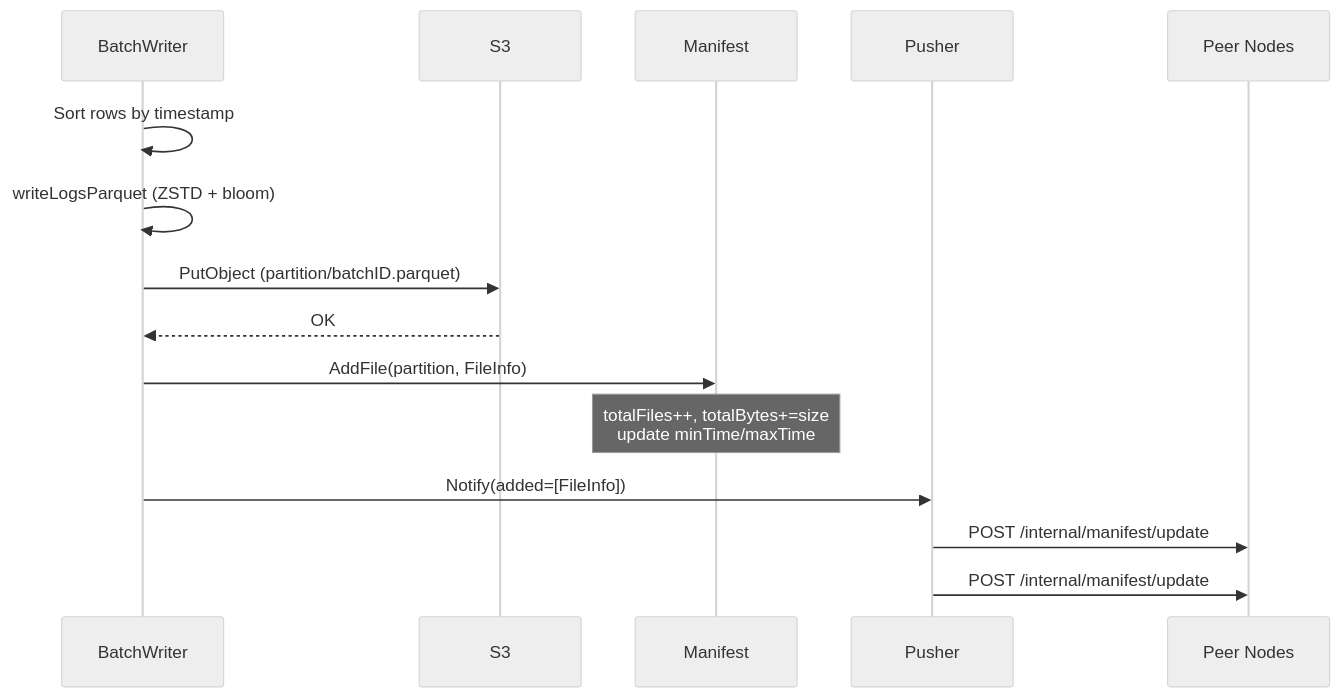
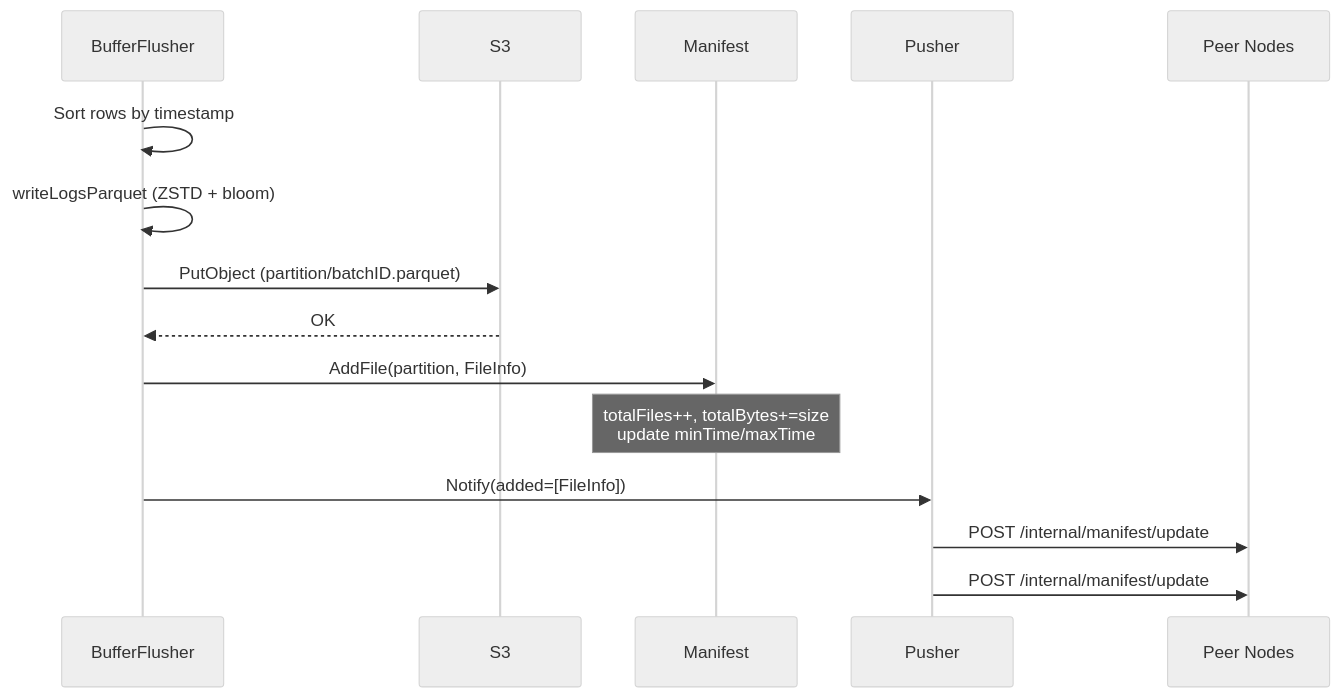
Before and after one commit to ReliablyObserve/victoria-lakehouse: the third of 7 diagrams in docs/manifest-system.md, drawn with Mermaid (neutral theme). The commit also changed other lines of this file and 34 other files, not shown here.

````diff
--- a/docs/manifest-system.md
+++ b/docs/manifest-system.md
@@ -100,20 +100,20 @@
 ```mermaid
 sequenceDiagram
-    participant BW as BatchWriter
+    participant BW as BufferFlusher
     participant S3 as S3
     participant M as Manifest
     participant PUSH as Pusher
     participant PEER as Peer Nodes
 
     BW->>BW: Sort rows by timestamp
     BW->>BW: writeLogsParquet (ZSTD + bloom)
     BW->>S3: PutObject (partition/batchID.parquet)
     S3-->>BW: OK
 
     BW->>M: AddFile(partition, FileInfo)
     Note over M: totalFiles++, totalBytes+=size<br/>update minTime/maxTime
 
     BW->>PUSH: Notify(added=[FileInfo])
     PUSH->>PEER: POST /internal/manifest/update
     PUSH->>PEER: POST /internal/manifest/update
 ```
````
